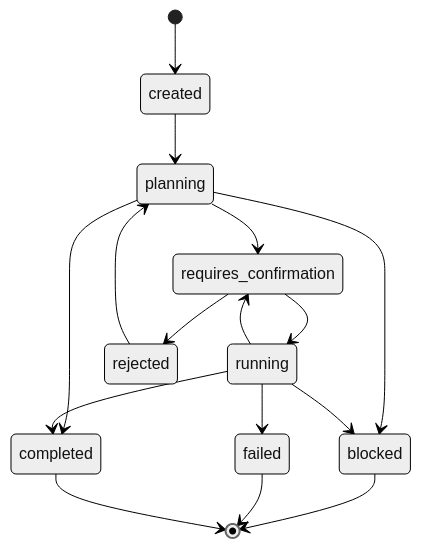
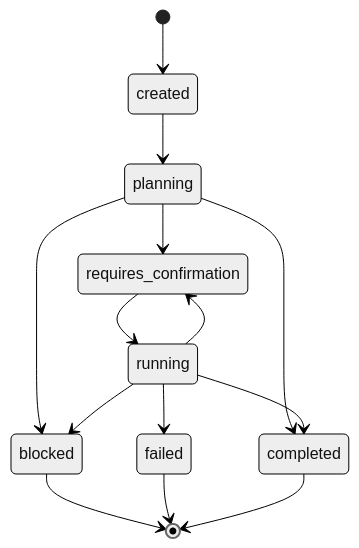
The second of 2 diagrams in docs/technical-design.md (AlexJeeee/ditty), drawn with Mermaid (neutral theme) before and after one commit. The commit also changed other lines of this file and 3 other files, not shown here.

````diff
--- a/docs/technical-design.md
+++ b/docs/technical-design.md
@@ -397,18 +410,16 @@
 ```mermaid
 stateDiagram-v2
   [*] --> created
   created --> planning
   planning --> requires_confirmation
   planning --> completed
   planning --> blocked
   requires_confirmation --> running
-  requires_confirmation --> rejected
   running --> requires_confirmation
   running --> completed
   running --> blocked
   running --> failed
-  rejected --> planning
   blocked --> [*]
   failed --> [*]
   completed --> [*]
 ```
````
